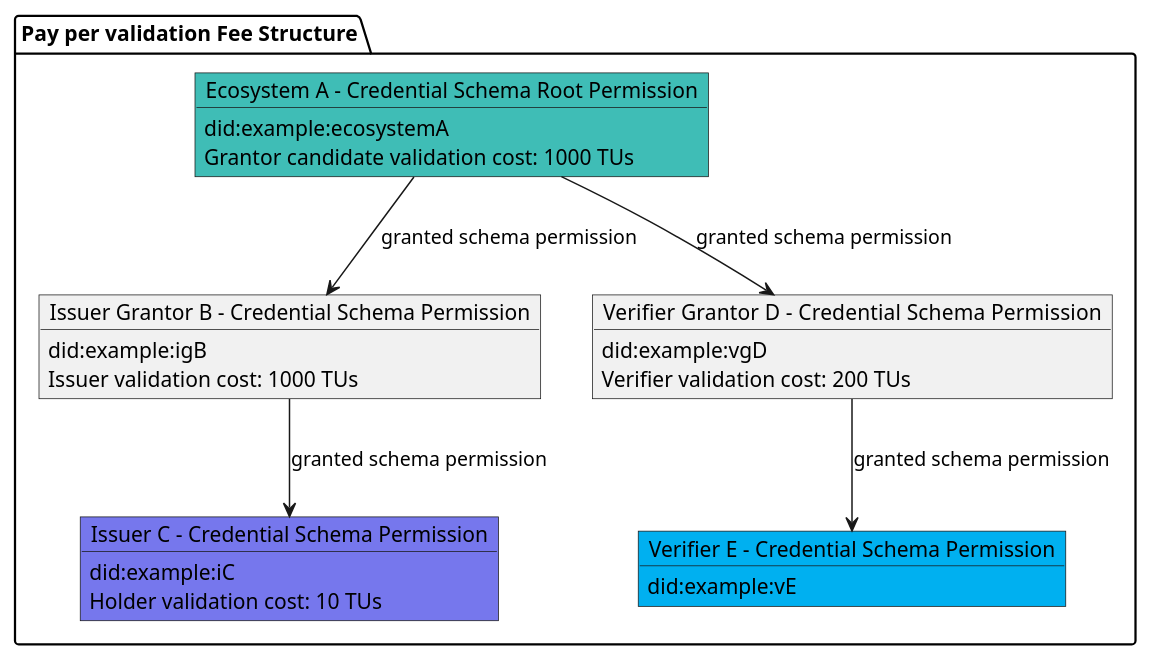
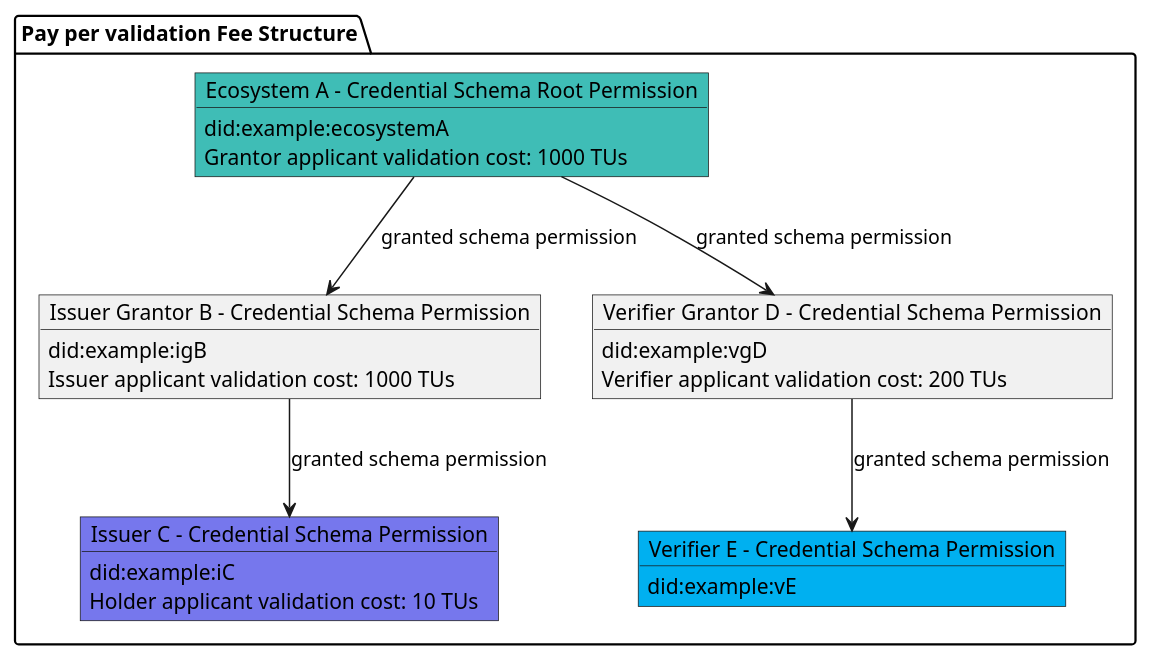
The fourth of 19 diagrams in spec.md (verana-labs/verifiable-trust-vpr-spec), drawn with PlantUML before and after one commit. The commit also changed other lines of this file and 1 other file, not shown here.

Commit message:
improved business model explanation

````diff
--- a/spec.md
+++ b/spec.md
@@ -451,39 +451,37 @@
 ```plantuml
 
 @startuml
 scale max 800 width
  
 package "Pay per validation Fee Structure" as cs {
 
     object "Ecosystem A - Credential Schema Root Permission" as tr #3fbdb6 {
         did:example:ecosystemA
-        Grantor candidate validation cost: 1000 TUs
+        Grantor applicant validation cost: 1000 TUs
     }
     object "Issuer Grantor B - Credential Schema Permission" as ig {
         did:example:igB
-        Issuer validation cost: 1000 TUs
+        Issuer applicant validation cost: 1000 TUs
     }
     object "Issuer C - Credential Schema Permission" as issuer #7677ed  {
         did:example:iC
-        Holder validation cost: 10 TUs
+        Holder applicant validation cost: 10 TUs
     }
     object "Verifier Grantor D -  Credential Schema Permission" as vg {
         did:example:vgD
-        Verifier validation cost: 200 TUs
+        Verifier applicant validation cost: 200 TUs
     }
     object "Verifier E - Credential Schema Permission" as verifier #00b0f0 {
         did:example:vE
     }
 }
-
-
 
 tr --> ig : granted schema permission
 ig --> issuer : granted schema permission
 
 tr --> vg : granted schema permission
 vg --> verifier : granted schema permission
 
 @enduml
 
 ```
````
